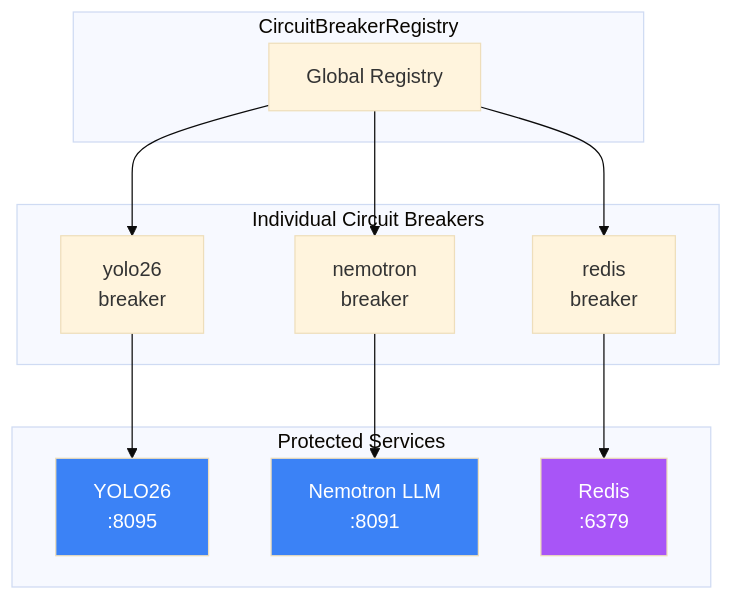
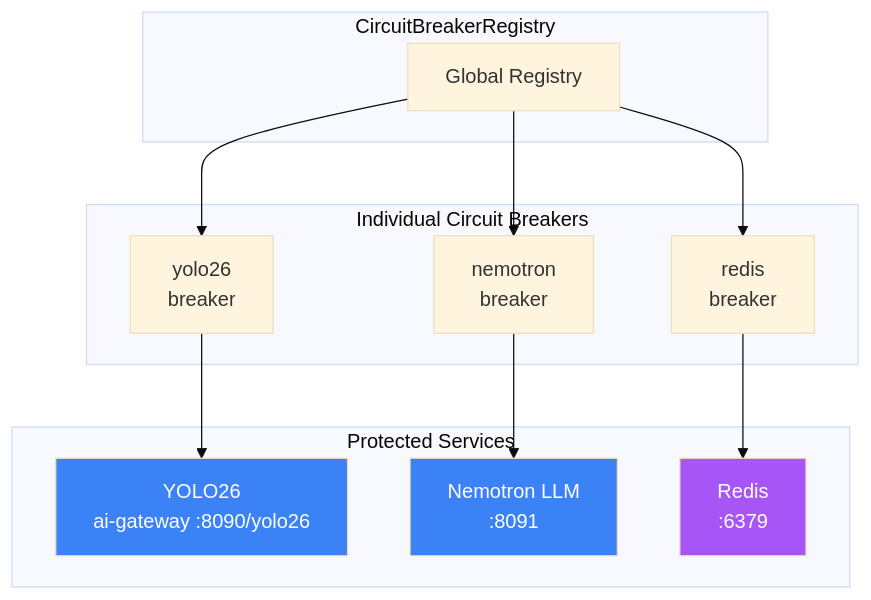
One commit to mikesvoboda/nemotron-v3-home-security-intelligence changed the third of 15 diagrams in docs/architecture/resilience.md. Above: the diagram before and after it, drawn with Mermaid (base theme). The commit also changed 313 other files, not shown here.

````diff
--- a/docs/architecture/resilience.md
+++ b/docs/architecture/resilience.md
@@ -236,30 +236,30 @@
 ```mermaid
 flowchart TB
     subgraph Registry["CircuitBreakerRegistry"]
         R[Global Registry]
     end
 
     subgraph Breakers["Individual Circuit Breakers"]
         B1[yolo26<br/>breaker]
         B2[nemotron<br/>breaker]
         B3[redis<br/>breaker]
     end
 
     subgraph Services["Protected Services"]
-        S1[YOLO26<br/>:8095]
+        S1[YOLO26<br/>ai-gateway :8090/yolo26]
         S2[Nemotron LLM<br/>:8091]
         S3[Redis<br/>:6379]
     end
 
     R --> B1
     R --> B2
     R --> B3
 
     B1 --> S1
     B2 --> S2
     B3 --> S3
 
     style S1 fill:#3B82F6,color:#fff
     style S2 fill:#3B82F6,color:#fff
     style S3 fill:#A855F7,color:#fff
 ```
````
